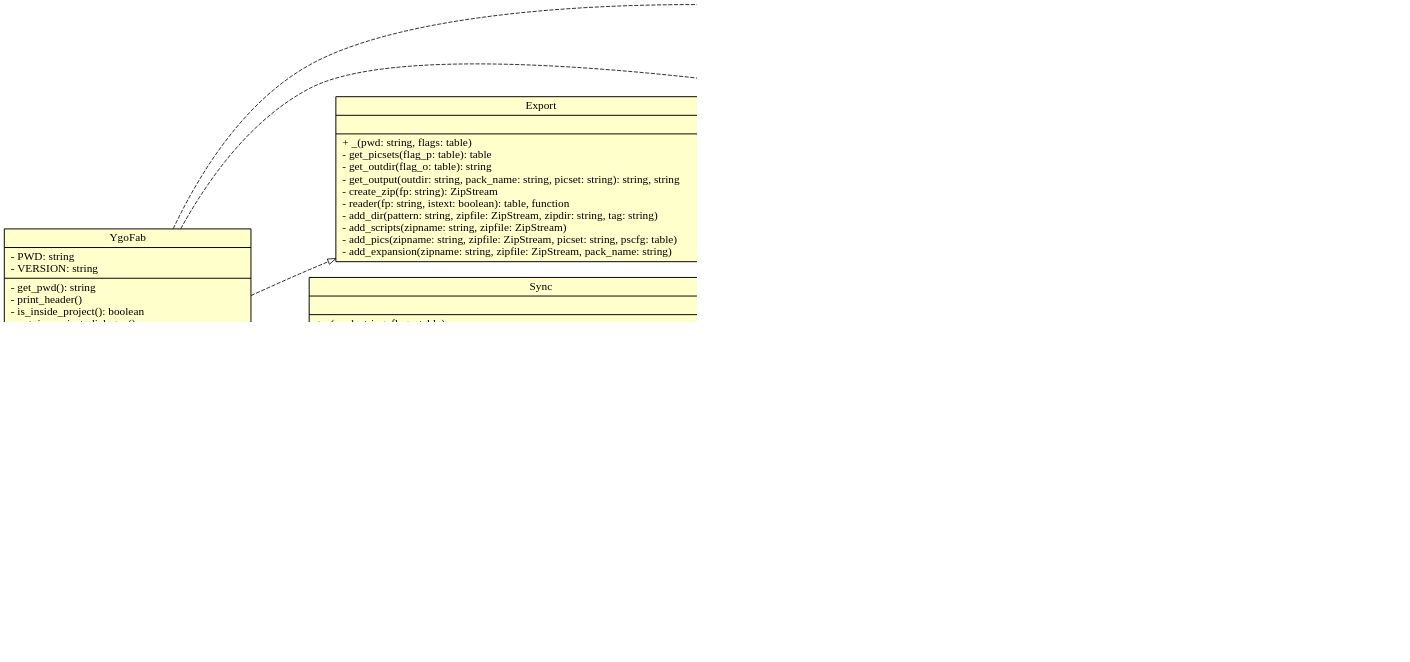
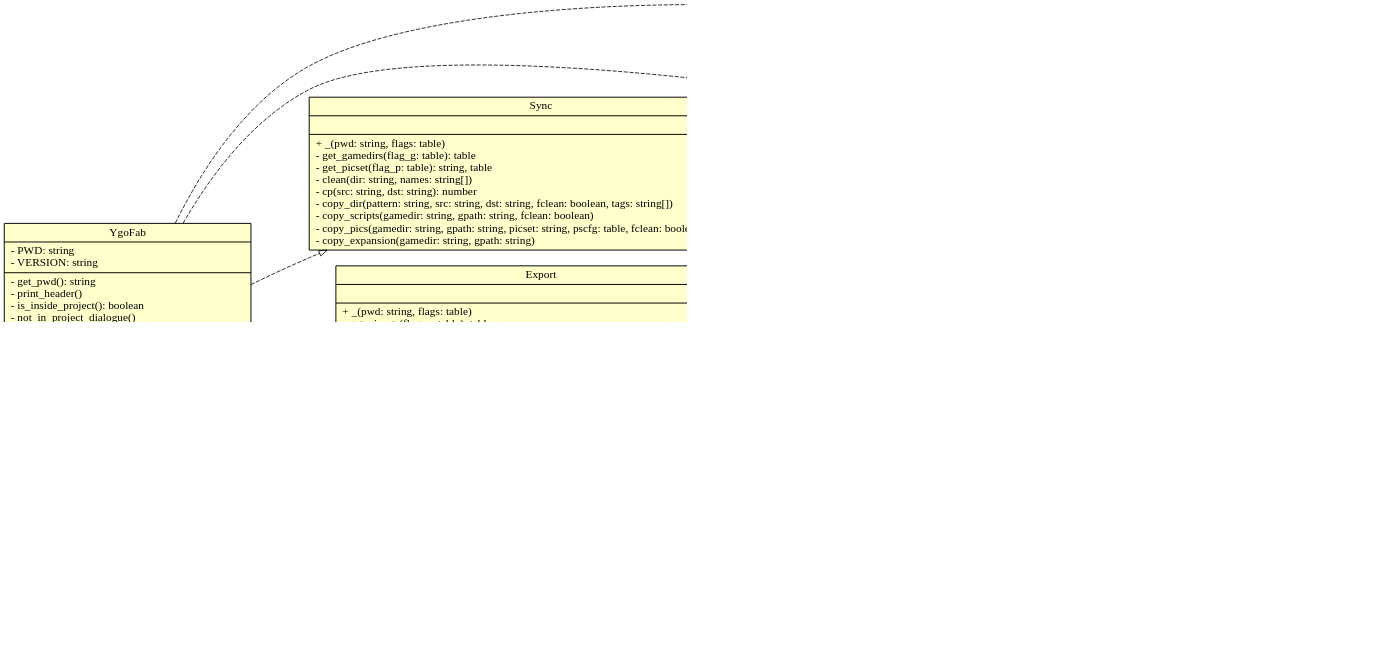
Before and after one commit to piface314/ygo-fabrica: the diagram in docs/class-diagram.dot, drawn with Graphviz. The commit also changed 5 other files, not shown here.

```diff
--- a/docs/class-diagram.dot
+++ b/docs/class-diagram.dot
@@ -1,137 +1,134 @@
 digraph {
   dpi = 150
   /* splines = ortho */
   fontname = "mono"
   rankdir = "LR"
   ranksep = 1
   edge [fontname = "Ubuntu Mono", dir="both"]
   node [
     shape = record,
     fontname = "Ubuntu Mono",
     style = filled,
     fillcolor = "#ffffcc",
     penwidth = 1.2
   ]
   ygofab [label=" YgoFab |
 - PWD: string\l
 - VERSION: string\l
   |
 - get_pwd(): string\l
 - print_header()\l
 - is_inside_project(): boolean\l
 - not_in_project_dialogue()\l
 - display_help(header: boolean, msg: string)\l
 - display_card_help(header: boolean)\l
 - cmd_card_create()\l
 - cmd_card_delete()\l
 - cmd_card_edit()\l
 - cmd_card_search()\l
 - cmd_compose()\l
 - cmd_config()\l
 - cmd_export(flags: table)\l
 - cmd_new(_, pack_name: string)\l
 - cmd_sync(flags: table)\l
 - init_interpreter()\l
   "]
   new [label=" New |
 - GENFP: string\l
 |
 + _(pwd: string, pack_name: string)\l
 - check_name(pack_name: string)\l
 - create_folder(folder: string)\l
 - create_cdb(pack_name: string)\l
 - copy_file(src: string, dst: string)\l
-  }"]
+  "]
   logs [label=" Logs | |
 + assert(v: any, code: number, ...: string)\l
 + ok(...: string)\l
 + info(...: string)\l
   "]
   interpreter [label=" Interpreter |
 - argtree: table\l
 - commands: table\l
   |
 - create_command(command: string, fn: function): table\l
 + add_command(command: string, fn: function, ...: any)\l
 + add_fallback(subcommand: string, fn: function)\l
 + parse(...: string): string?, table?, table?, table?\l
 + exec(command: table, args: table, flags: table): function\l
   "]
   config [label=" Config |
 - FIELDS: table\l
   |
 + _(pwd: string)\l
 + get(pwd: string): table\l
 + get_one(pwd: string, key: string, id: string): table\l
 + get_default(pwd: string, key: string): string, table\l
 + get_defaults(pwd: string, key: string): table\l
 + get_all(pwd: string, key: string): table\l
 - merge(dst: table, src: table)\l
 - validate(cfg: table, fields?: table): table\l
 - load_file(path: string): table\l
 - format_list(cfg: table, title: string, fmt: function): string\l
 - format(cfg: table): string\l
   "]
   sync [label=" Sync | |
 + _(pwd: string, flags: table)\l
 - get_gamedirs(flag_g: table): table\l
 - get_picset(flag_p: table): string, table\l
 - clean(dir: string, names: string[])\l
 - cp(src: string, dst: string): number\l
 - copy_dir(pattern: string, src: string, dst: string, fclean: boolean, tags: string[])\l
 - copy_scripts(gamedir: string, gpath: string, fclean: boolean)\l
 - copy_pics(gamedir: string, gpath: string, picset: string, pscfg: table, fclean: boolean)\l
 - copy_expansion(gamedir: string, gpath: string)\l
   "]
   export [label=" Export | |
 + _(pwd: string, flags: table)\l
 - get_picsets(flag_p: table): table\l
 - get_outdir(flag_o: table): string\l
 - get_output(outdir: string, pack_name: string, picset: string): string, string\l
 - create_zip(fp: string): ZipStream\l
 - reader(fp: string, istext: boolean): table, function\l
 - add_dir(pattern: string, zipfile: ZipStream, zipdir: string, tag: string)\l
 - add_scripts(zipname: string, zipfile: ZipStream)\l
 - add_pics(zipname: string, zipfile: ZipStream, picset: string, pscfg: table)\l
 - add_expansion(zipname: string, zipfile: ZipStream, pack_name: string)\l
   "]
   compose [label=" Compose | |
 + _(pwd: string, flags: table)\l"]
-  composer [label=" Composer | |
-+ main(imgfolder: string, cdbfp: string)\l
-"]
-  datafetcher [label=" DataFetcher | |
-+ get(imgfolder: string, cdbfp: string): table\l
-- is_valid_ext(ext: string): boolean\l
-- get_images(imgfolder: string): table\l
-- open_cdb(cdbfp: string): Database\l
-- keylist(t: table): string[]\l
-- read_cdb(cdb: Database, imgs: table): table\l
-"]
+  composer [label=" Composer "]
 
   subgraph dep {
     edge [ style = "dashed", arrowhead = "empty", arrowtail = "none" ]
     new -> logs
     config -> logs
-    ygofab -> new
-    ygofab -> config
-    ygofab -> sync
-    ygofab -> export
-    ygofab -> compose
-    sync -> config
-    sync -> logs
-    ygofab -> logs
-    export -> config
-    export -> logs
-    compose -> config
-    compose -> logs
-    compose -> composer
-    composer -> datafetcher
+    ygofab -> {
+      logs
+      new
+      config
+      sync
+      export
+      compose
+    }
+    sync -> {
+      config
+      logs
+    }
+    export -> {
+      config
+      logs
+    }
+    compose -> {
+      config
+      logs
+      composer
+    }
   }
   ygofab -> interpreter [
     taillabel="1"
     headlabel="- interpreter\r1\r"
     arrowtail="odiamond"
     arrowhead="none"
   ]
 }
```
